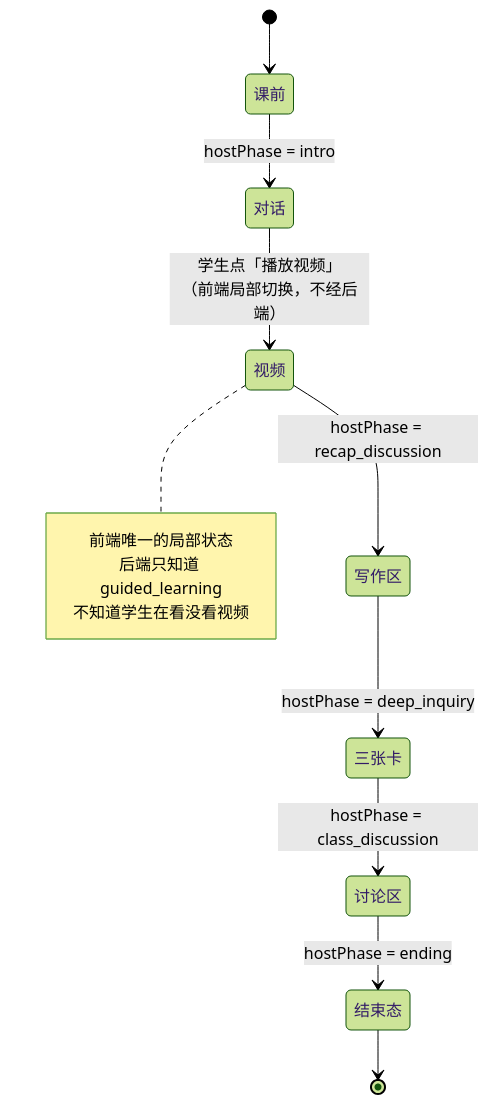
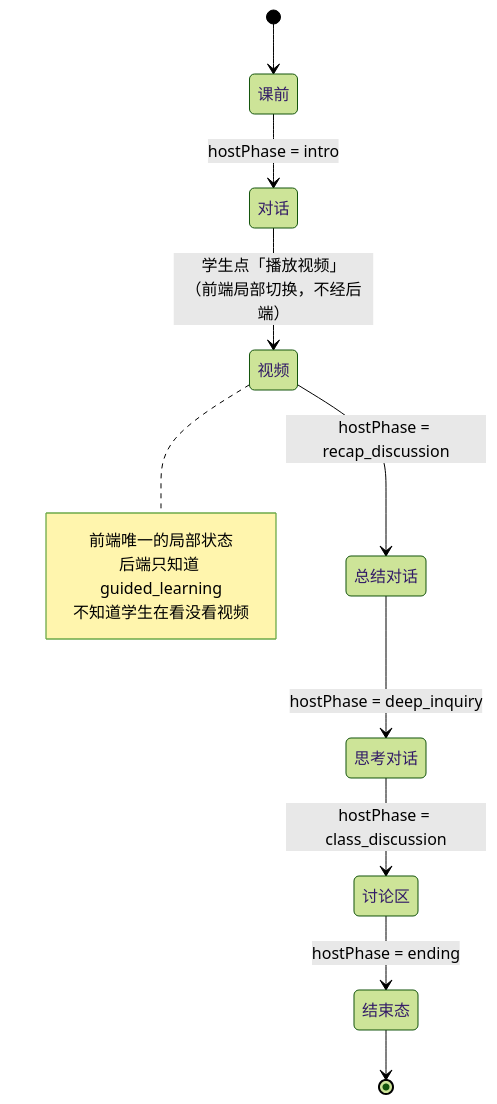
Before and after one commit to Awdyuer/SZU_Student_Agent: the third of 5 diagrams in docs/architecture/ARCHITECTURE.md, drawn with Mermaid (forest theme). The commit also changed other lines of this file and 17 other files, not shown here.

````diff
--- a/docs/architecture/ARCHITECTURE.md
+++ b/docs/architecture/ARCHITECTURE.md
@@ -130,20 +130,20 @@
 ```mermaid
 stateDiagram-v2
     direction TB
 
     [*] --> 课前
 
     课前 --> 对话 : hostPhase = intro
     对话 --> 视频 : 学生点「播放视频」<br/>（前端局部切换，不经后端）
-    视频 --> 写作区 : hostPhase = recap_discussion
-    写作区 --> 三张卡 : hostPhase = deep_inquiry
-    三张卡 --> 讨论区 : hostPhase = class_discussion
+    视频 --> 总结对话 : hostPhase = recap_discussion
+    总结对话 --> 思考对话 : hostPhase = deep_inquiry
+    思考对话 --> 讨论区 : hostPhase = class_discussion
     讨论区 --> 结束态 : hostPhase = ending
     结束态 --> [*]
 
     note right of 视频
         前端唯一的局部状态
         后端只知道 guided_learning
         不知道学生在看没看视频
     end note
 ```
````
